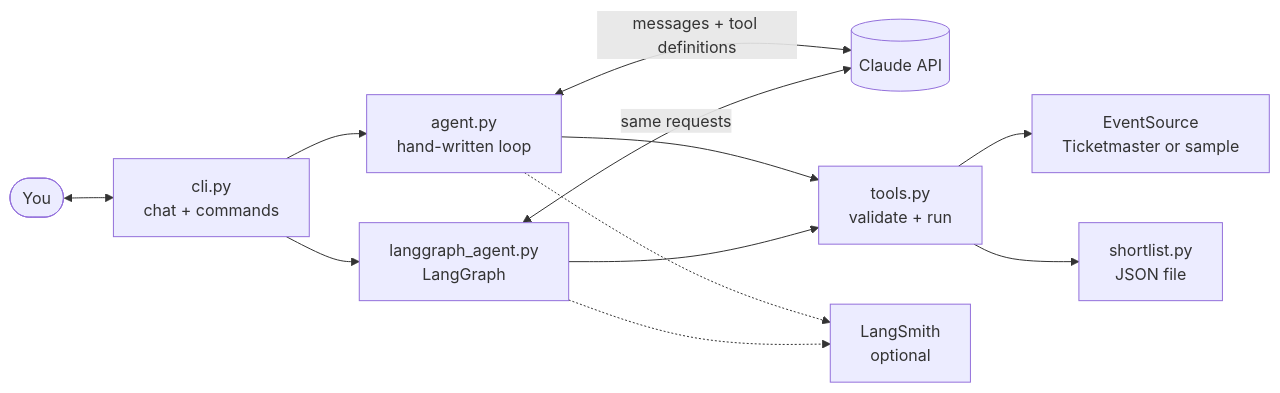
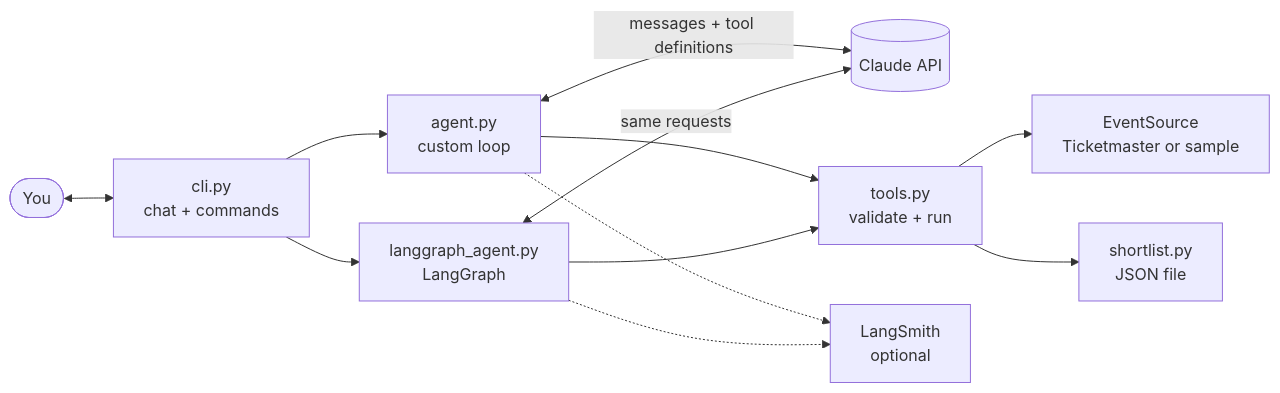
One commit to ervinjohn50/ai_event_scout changed the diagram in README.md. Above: the diagram before and after it, drawn with Mermaid. The commit also changed other lines of this file and 8 other files, not shown here.

````diff
--- a/README.md
+++ b/README.md
@@ -85,14 +85,14 @@
 ```mermaid
 flowchart LR
     U([You]) <--> CLI[cli.py<br/>chat + commands]
-    CLI --> A[agent.py<br/>hand-written loop]
+    CLI --> A[agent.py<br/>custom loop]
     CLI --> G[langgraph_agent.py<br/>LangGraph]
     A <-->|messages + tool definitions| C[(Claude API)]
     G <-->|same requests| C
     A --> T[tools.py<br/>validate + run]
     G --> T
     T --> S[EventSource<br/>Ticketmaster or sample]
     T --> L[shortlist.py<br/>JSON file]
     A -.-> O[LangSmith<br/>optional]
     G -.-> O
 ```
````
